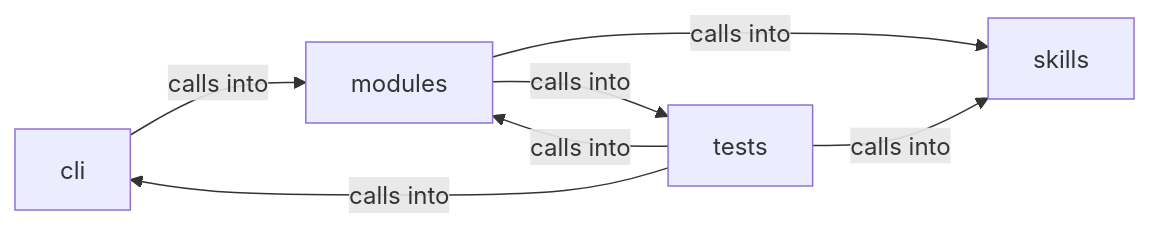
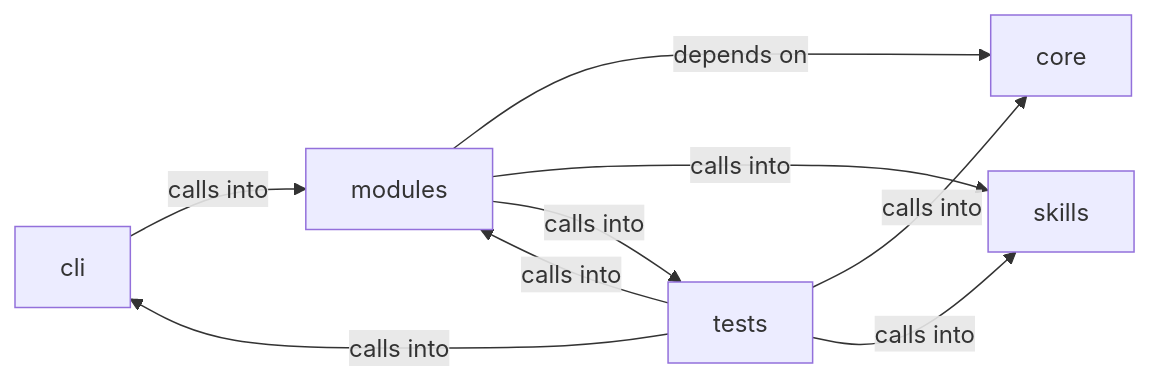
The diagram in readmenator-diagrams/modules_lazyown_facts.md (grisuno/LazyOwn), drawn with Mermaid before and after one commit. The commit also changed other lines of this file and 378 other files, not shown here.

````diff
--- a/readmenator-diagrams/modules_lazyown_facts.md
+++ b/readmenator-diagrams/modules_lazyown_facts.md
@@ -5,13 +5,16 @@
 ```mermaid
 graph LR
     cli["cli"]
+    core["core"]
     modules["modules"]
     skills["skills"]
     tests["tests"]
     cli -- "calls into" --> modules
+    modules -- "depends on" --> core
     modules -- "calls into" --> skills
     modules -- "calls into" --> tests
     tests -- "calls into" --> cli
+    tests -- "calls into" --> core
     tests -- "calls into" --> modules
     tests -- "calls into" --> skills
 ```
````
